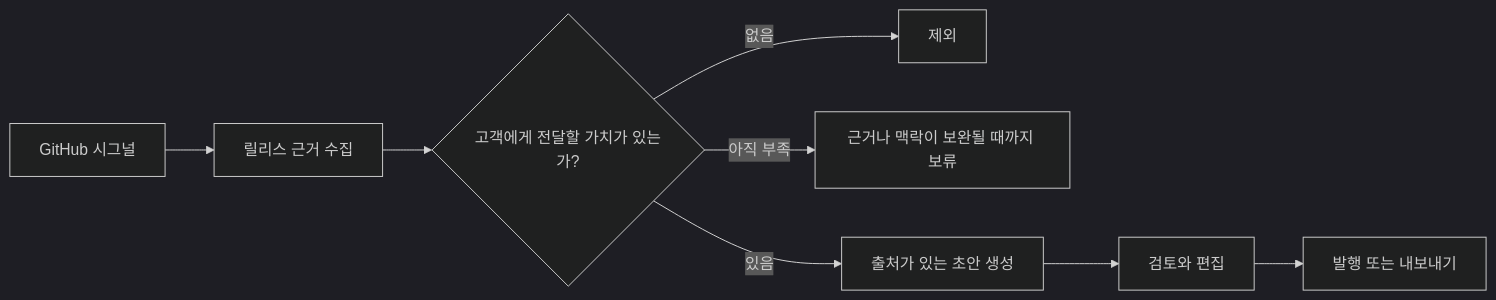
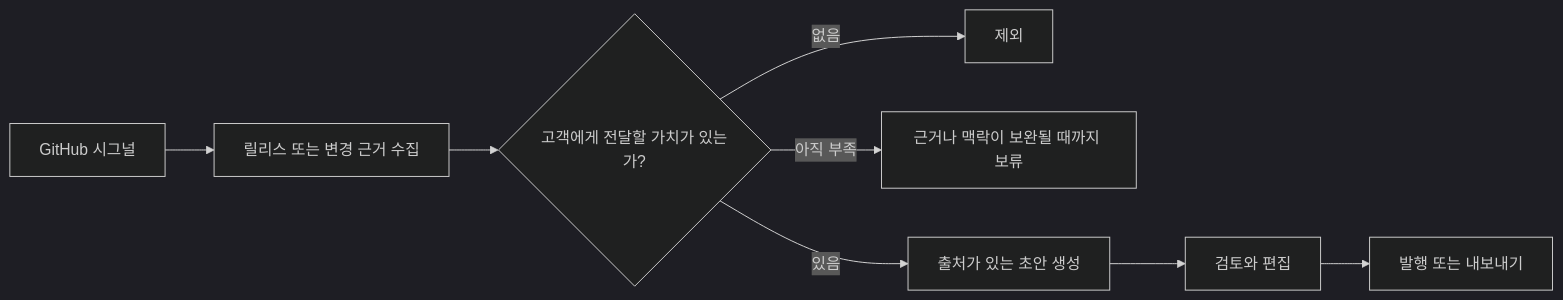
The diagram in README.ko.md (plot-labs/plot), drawn with Mermaid (dark theme) before and after one commit. The commit also changed other lines of this file and 21 other files, not shown here.

Commit message:
Enable GitHub change and merged PR Routines (#42)

````diff
--- a/README.ko.md
+++ b/README.ko.md
@@ -20,10 +20,10 @@
 ```mermaid
 flowchart LR
-  A[GitHub 시그널] --> B[릴리스 근거 수집]
+  A[GitHub 시그널] --> B[릴리스 또는 변경 근거 수집]
   B --> C{고객에게 전달할 가치가 있는가?}
   C -->|없음| D[제외]
   C -->|아직 부족| E[근거나 맥락이 보완될 때까지 보류]
   C -->|있음| F[출처가 있는 초안 생성]
   F --> G[검토와 편집]
   G --> H[발행 또는 내보내기]
 ```
````
